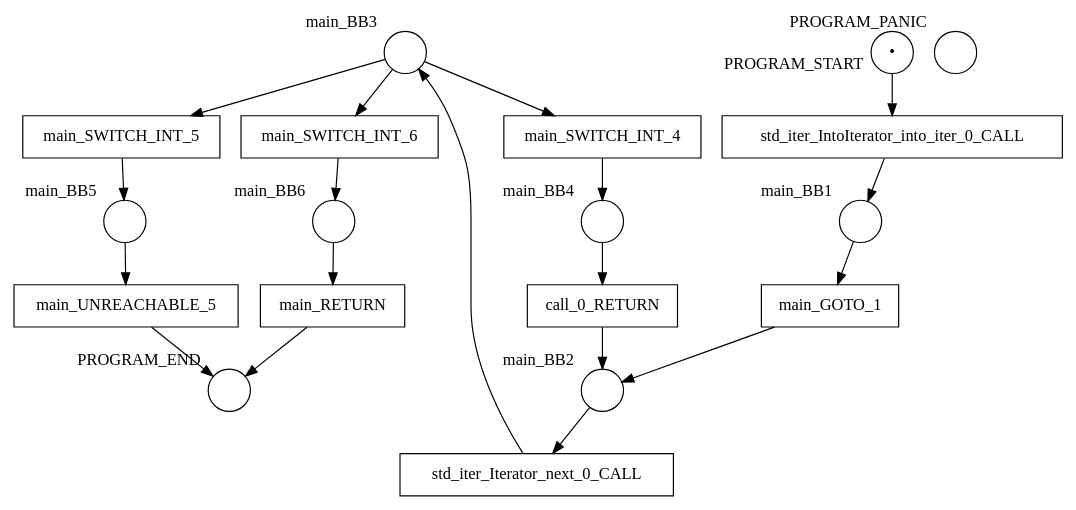
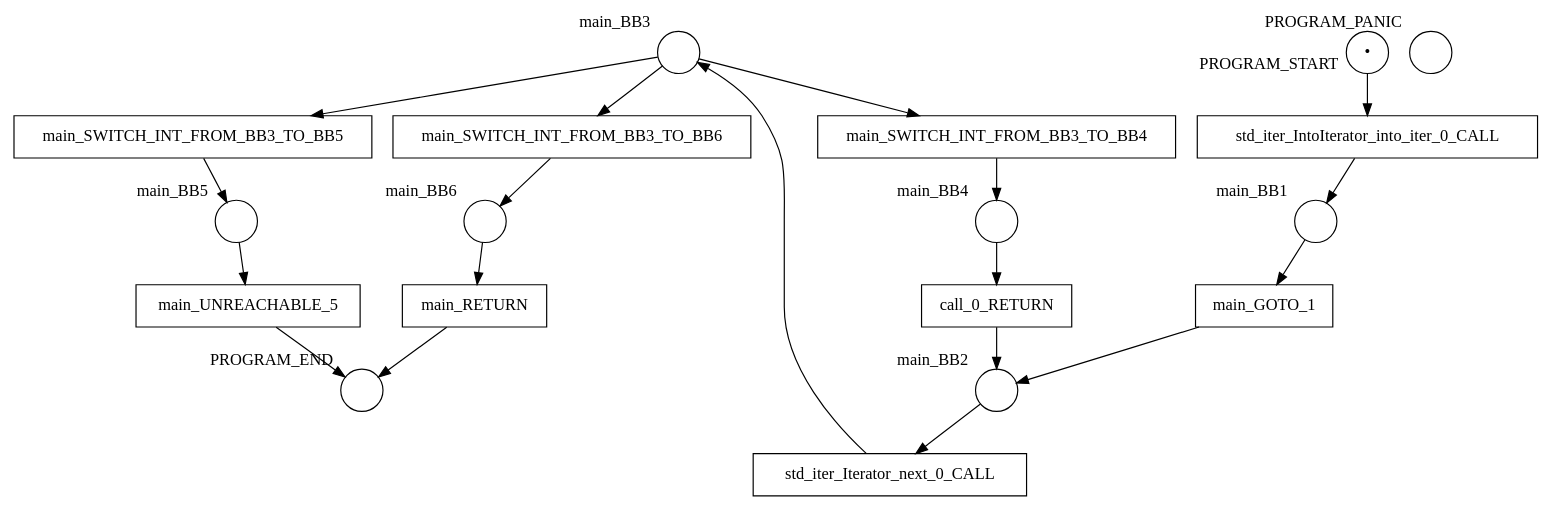
The diagram in examples/results/function_call/in_a_loop/net.dot (hlisdero/cargo-check-deadlock), drawn with Graphviz before and after one commit. The commit also changed 34 other files, not shown here.

```diff
--- a/examples/results/function_call/in_a_loop/net.dot
+++ b/examples/results/function_call/in_a_loop/net.dot
@@ -1,38 +1,38 @@
 digraph petrinet {
     PROGRAM_END [shape="circle" xlabel="PROGRAM_END" label=""];
     PROGRAM_PANIC [shape="circle" xlabel="PROGRAM_PANIC" label=""];
     PROGRAM_START [shape="circle" xlabel="PROGRAM_START" label="•"];
     main_BB1 [shape="circle" xlabel="main_BB1" label=""];
     main_BB2 [shape="circle" xlabel="main_BB2" label=""];
     main_BB3 [shape="circle" xlabel="main_BB3" label=""];
     main_BB4 [shape="circle" xlabel="main_BB4" label=""];
     main_BB5 [shape="circle" xlabel="main_BB5" label=""];
     main_BB6 [shape="circle" xlabel="main_BB6" label=""];
     call_0_RETURN [shape="box" xlabel="" label="call_0_RETURN"];
     main_GOTO_1 [shape="box" xlabel="" label="main_GOTO_1"];
     main_RETURN [shape="box" xlabel="" label="main_RETURN"];
-    main_SWITCH_INT_4 [shape="box" xlabel="" label="main_SWITCH_INT_4"];
-    main_SWITCH_INT_5 [shape="box" xlabel="" label="main_SWITCH_INT_5"];
-    main_SWITCH_INT_6 [shape="box" xlabel="" label="main_SWITCH_INT_6"];
+    main_SWITCH_INT_FROM_BB3_TO_BB4 [shape="box" xlabel="" label="main_SWITCH_INT_FROM_BB3_TO_BB4"];
+    main_SWITCH_INT_FROM_BB3_TO_BB5 [shape="box" xlabel="" label="main_SWITCH_INT_FROM_BB3_TO_BB5"];
+    main_SWITCH_INT_FROM_BB3_TO_BB6 [shape="box" xlabel="" label="main_SWITCH_INT_FROM_BB3_TO_BB6"];
     main_UNREACHABLE_5 [shape="box" xlabel="" label="main_UNREACHABLE_5"];
     std_iter_IntoIterator_into_iter_0_CALL [shape="box" xlabel="" label="std_iter_IntoIterator_into_iter_0_CALL"];
     std_iter_Iterator_next_0_CALL [shape="box" xlabel="" label="std_iter_Iterator_next_0_CALL"];
     PROGRAM_START -> std_iter_IntoIterator_into_iter_0_CALL;
     main_BB1 -> main_GOTO_1;
     main_BB2 -> std_iter_Iterator_next_0_CALL;
-    main_BB3 -> main_SWITCH_INT_4;
-    main_BB3 -> main_SWITCH_INT_5;
-    main_BB3 -> main_SWITCH_INT_6;
+    main_BB3 -> main_SWITCH_INT_FROM_BB3_TO_BB4;
+    main_BB3 -> main_SWITCH_INT_FROM_BB3_TO_BB5;
+    main_BB3 -> main_SWITCH_INT_FROM_BB3_TO_BB6;
     main_BB4 -> call_0_RETURN;
     main_BB5 -> main_UNREACHABLE_5;
     main_BB6 -> main_RETURN;
     call_0_RETURN -> main_BB2;
     main_GOTO_1 -> main_BB2;
     main_RETURN -> PROGRAM_END;
-    main_SWITCH_INT_4 -> main_BB4;
-    main_SWITCH_INT_5 -> main_BB5;
-    main_SWITCH_INT_6 -> main_BB6;
+    main_SWITCH_INT_FROM_BB3_TO_BB4 -> main_BB4;
+    main_SWITCH_INT_FROM_BB3_TO_BB5 -> main_BB5;
+    main_SWITCH_INT_FROM_BB3_TO_BB6 -> main_BB6;
     main_UNREACHABLE_5 -> PROGRAM_END;
     std_iter_IntoIterator_into_iter_0_CALL -> main_BB1;
     std_iter_Iterator_next_0_CALL -> main_BB3;
 }
```
